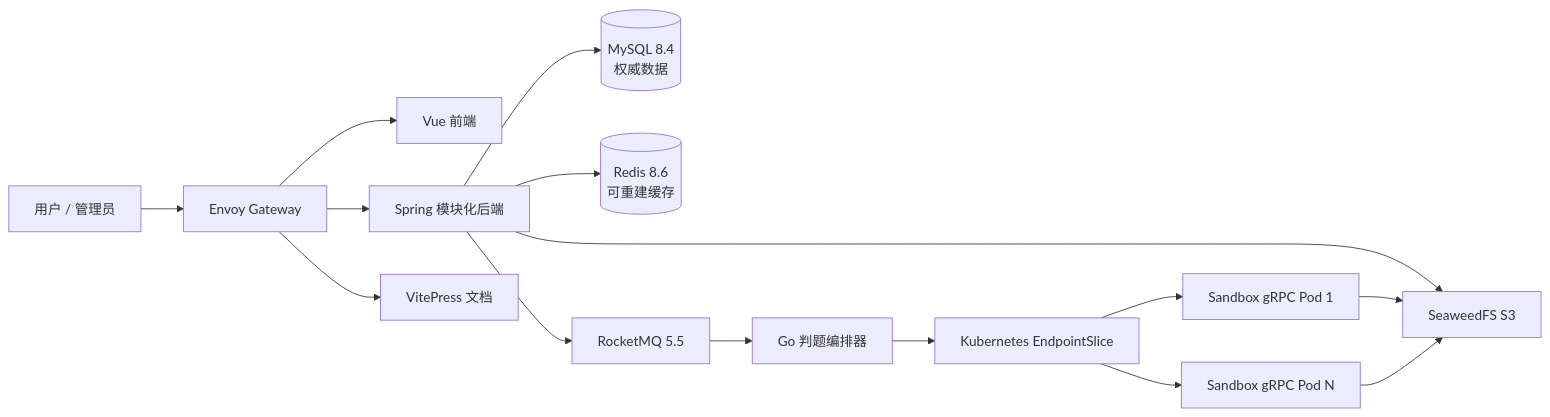
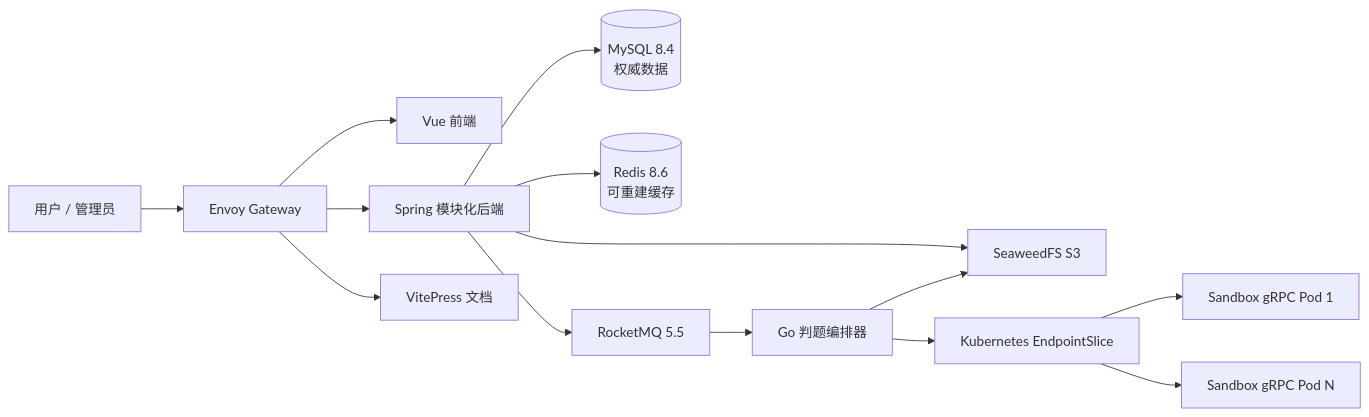
The first of 2 diagrams in docs/architecture/platform.md (CodeRushOJ/croj-platform), drawn with Mermaid before and after one commit. The commit also changed other lines of this file and 17 other files, not shown here.

````diff
--- a/docs/architecture/platform.md
+++ b/docs/architecture/platform.md
@@ -5,17 +11,16 @@
 ```mermaid
 flowchart LR
   U["用户 / 管理员"] --> EG["Envoy Gateway"]
   EG --> FE["Vue 前端"]
   EG --> API["Spring 模块化后端"]
   EG --> DOCS["VitePress 文档"]
   API --> MYSQL[("MySQL 8.4\n权威数据")]
   API --> REDIS[("Redis 8.6\n可重建缓存")]
   API --> MQ["RocketMQ 5.5"]
   API --> S3["SeaweedFS S3"]
   MQ --> JUDGE["Go 判题编排器"]
   JUDGE --> ES["Kubernetes EndpointSlice"]
+  JUDGE --> S3
   ES --> SB1["Sandbox gRPC Pod 1"]
   ES --> SBN["Sandbox gRPC Pod N"]
-  SB1 --> S3
-  SBN --> S3
 ```
````
